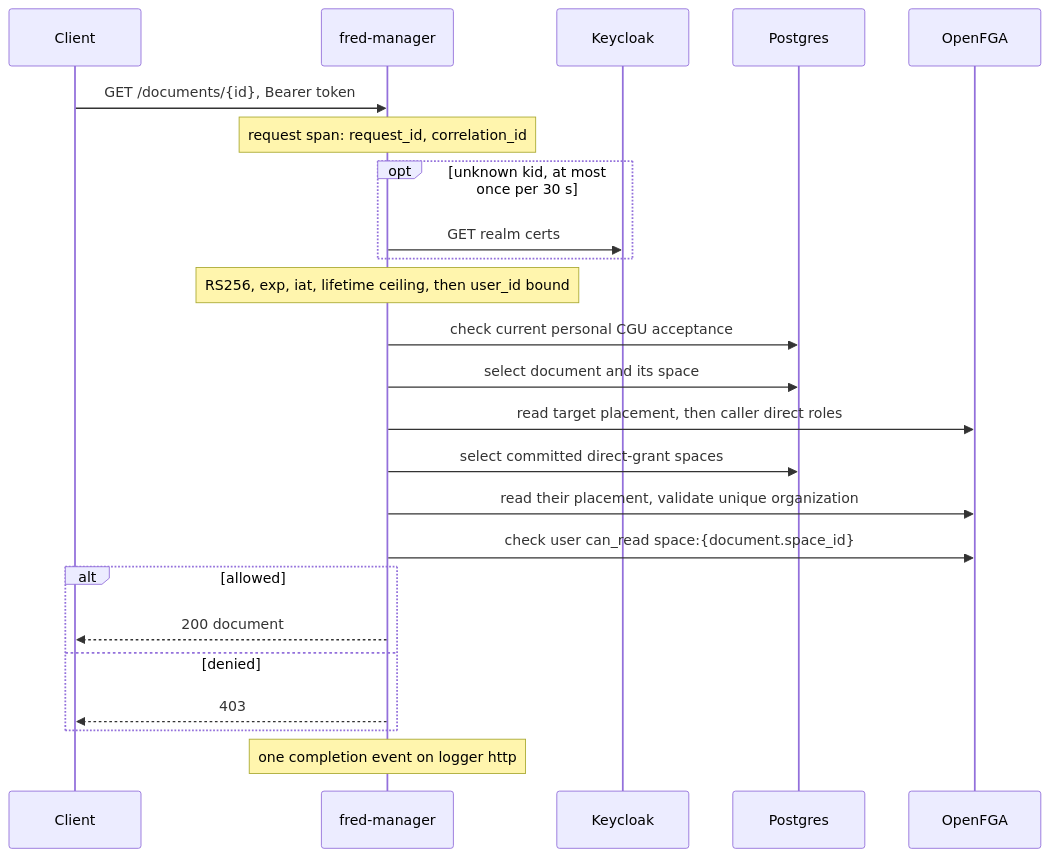
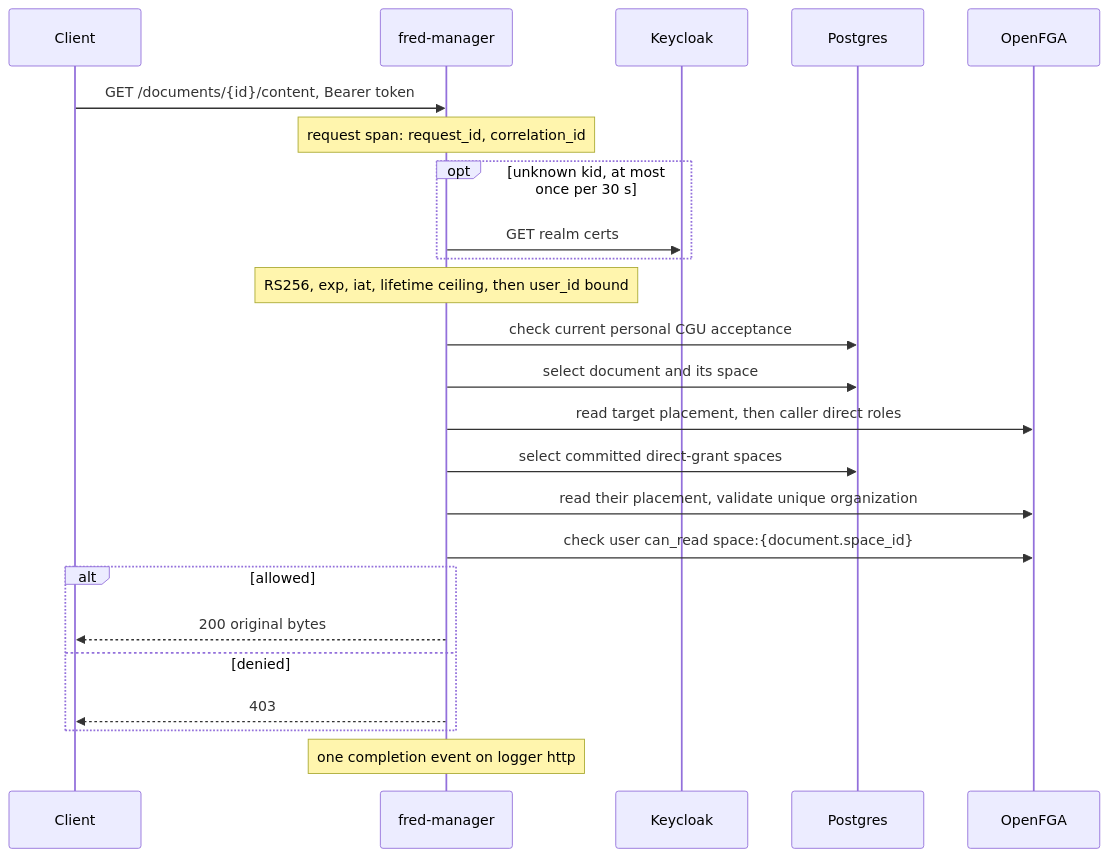
One commit to ThalesGroup/fred changed the third of 10 diagrams in docs/architecture/A1-manager-runtime.md. Above: the diagram before and after it, drawn with Mermaid. The commit also changed other lines of this file and 62 other files, not shown here.

````diff
--- a/docs/architecture/A1-manager-runtime.md
+++ b/docs/architecture/A1-manager-runtime.md
@@ -204,26 +204,26 @@
 ```mermaid
 sequenceDiagram
     participant C as Client
     participant M as fred-manager
     participant KC as Keycloak
     participant PG as Postgres
     participant FGA as OpenFGA
-    C->>M: GET /documents/{id}, Bearer token
+    C->>M: GET /documents/{id}/content, Bearer token
     Note over M: request span: request_id, correlation_id
     opt unknown kid, at most once per 30 s
         M->>KC: GET realm certs
     end
     Note over M: RS256, exp, iat, lifetime ceiling, then user_id bound
     M->>PG: check current personal CGU acceptance
     M->>PG: select document and its space
     M->>FGA: read target placement, then caller direct roles
     M->>PG: select committed direct-grant spaces
     M->>FGA: read their placement, validate unique organization
     M->>FGA: check user can_read space:{document.space_id}
     alt allowed
-        M-->>C: 200 document
+        M-->>C: 200 original bytes
     else denied
         M-->>C: 403
     end
     Note over M: one completion event on logger http
 ```
````
